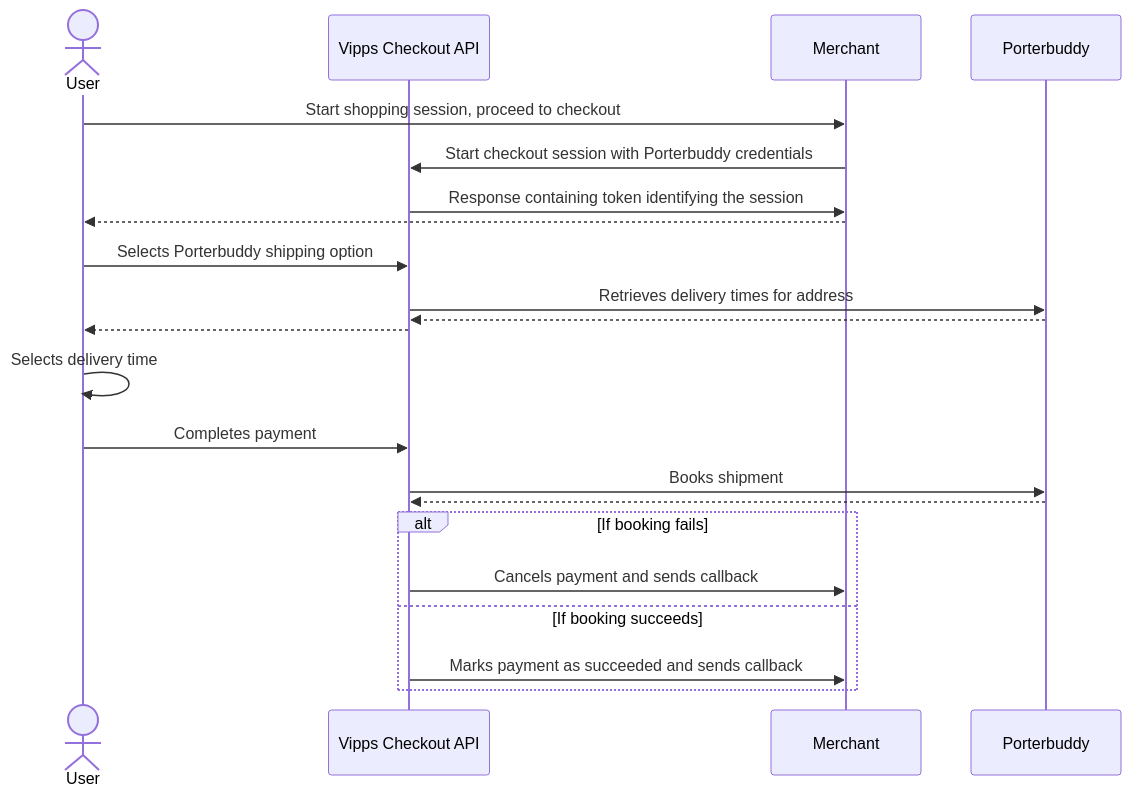
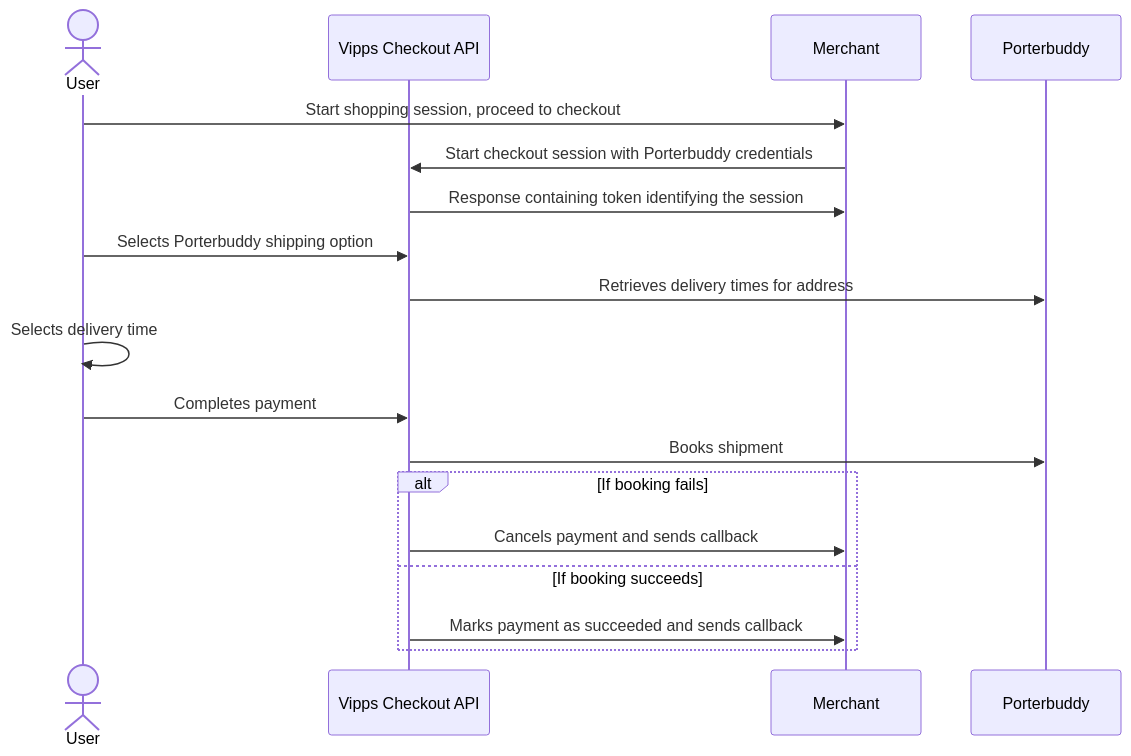
One commit to vippsas/vipps-checkout changed the first of 3 diagrams in vipps-checkout-api.md. Above: the diagram before and after it, drawn with Mermaid. The commit also changed other lines of this file, not shown here.

Commit message:
Fix mermaid issue (#92)
Github Mermaid integration is not feature complete.

````diff
--- a/vipps-checkout-api.md
+++ b/vipps-checkout-api.md
@@ -107,26 +107,22 @@
 ```mermaid
 sequenceDiagram
   actor User
   participant API as Vipps Checkout API
   participant Merchant
   participant Porterbuddy
 
   User->>Merchant: Start shopping session, proceed to checkout
   Merchant->>API: Start checkout session with Porterbuddy credentials
   API->>Merchant: Response containing token identifying the session
-  Merchant-->>User:
   User->>API: Selects Porterbuddy shipping option
   API->>Porterbuddy: Retrieves delivery times for address
-  Porterbuddy-->>API:
-  API-->>User:
   User->>User: Selects delivery time
   User->>API: Completes payment
   API->>Porterbuddy: Books shipment
-  Porterbuddy-->>API:
-
+  
   alt If booking fails
     API->>Merchant: Cancels payment and sends callback
   else If booking succeeds
     API->>Merchant: Marks payment as succeeded and sends callback
   end
 ```
````
